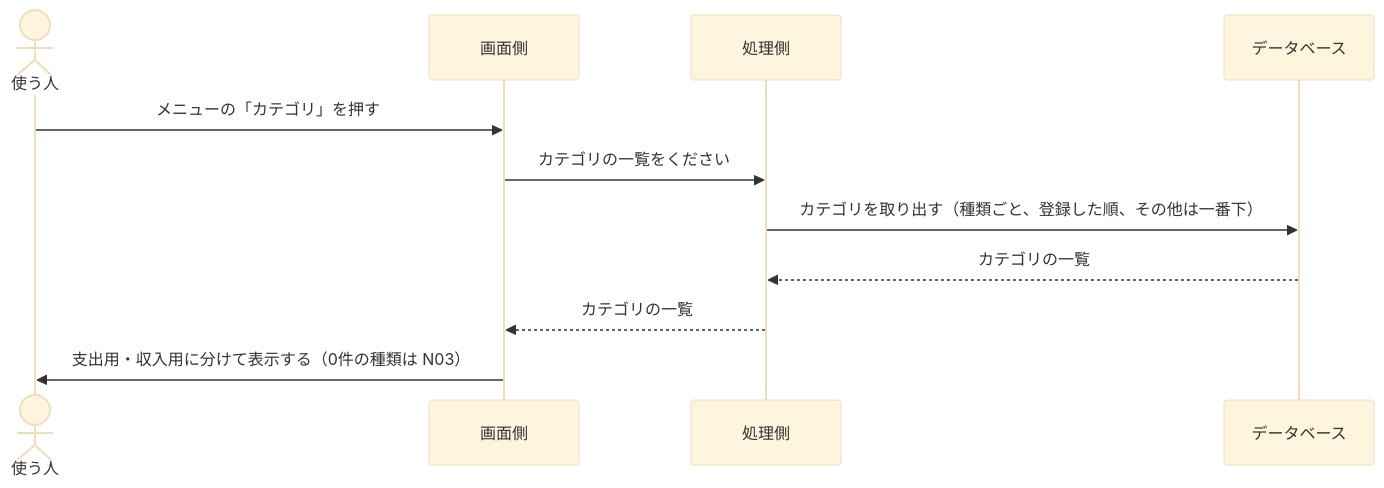
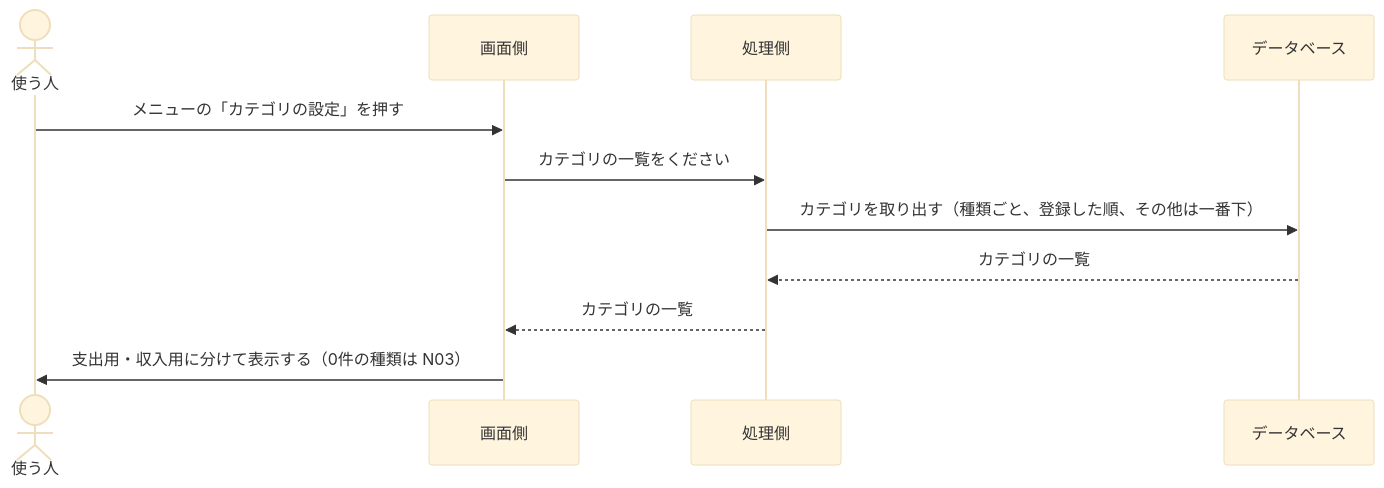
The sixth of 10 diagrams in docs/02_設計/05_データの流れ.md (junji-sakamoto/kakeibo-app), drawn with Mermaid (base theme) before and after one commit. The commit also changed other lines of this file and 16 other files, not shown here.

````diff
--- a/docs/02_設計/05_データの流れ.md
+++ b/docs/02_設計/05_データの流れ.md
@@ -167,14 +167,14 @@
 ```mermaid
 sequenceDiagram
     actor U as 使う人
     participant B as 画面側
     participant S as 処理側
     participant D as データベース
 
-    U->>B: メニューの「カテゴリ」を押す
+    U->>B: メニューの「カテゴリの設定」を押す
     B->>S: カテゴリの一覧をください
     S->>D: カテゴリを取り出す（種類ごと、登録した順、その他は一番下）
     D-->>S: カテゴリの一覧
     S-->>B: カテゴリの一覧
     B->>U: 支出用・収入用に分けて表示する（0件の種類は N03）
 ```
````
